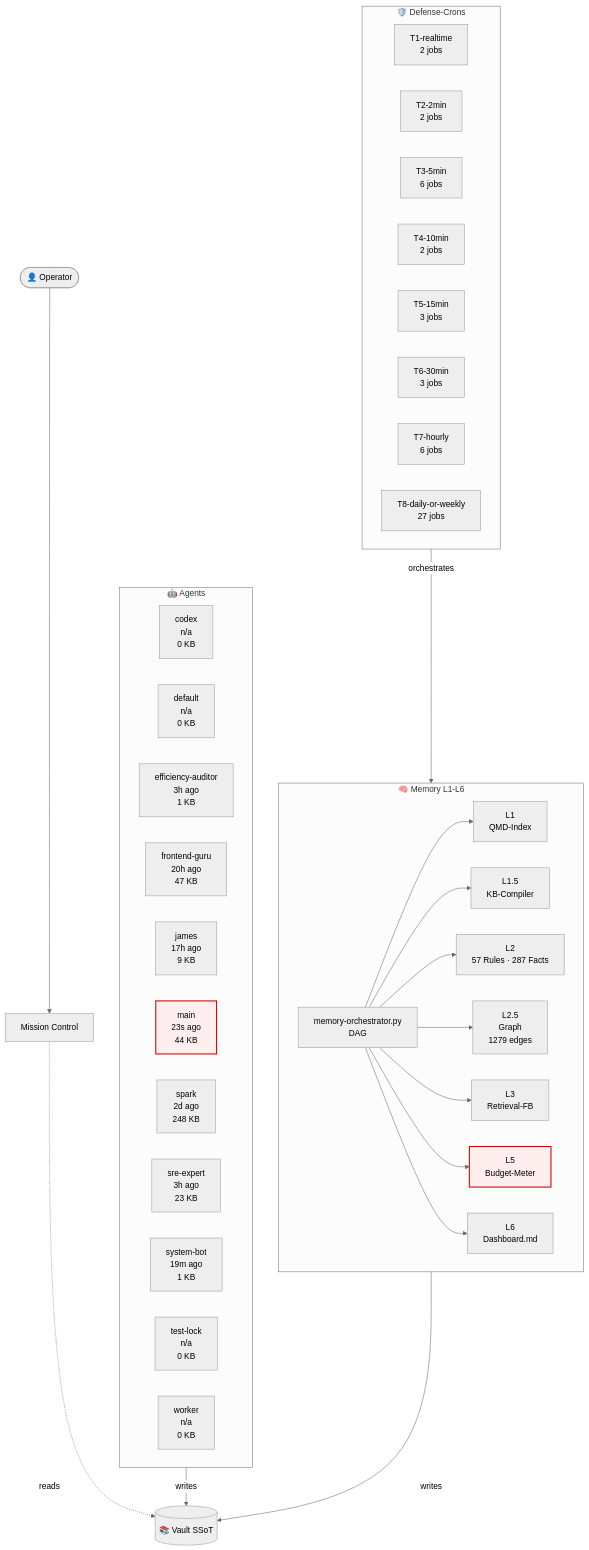
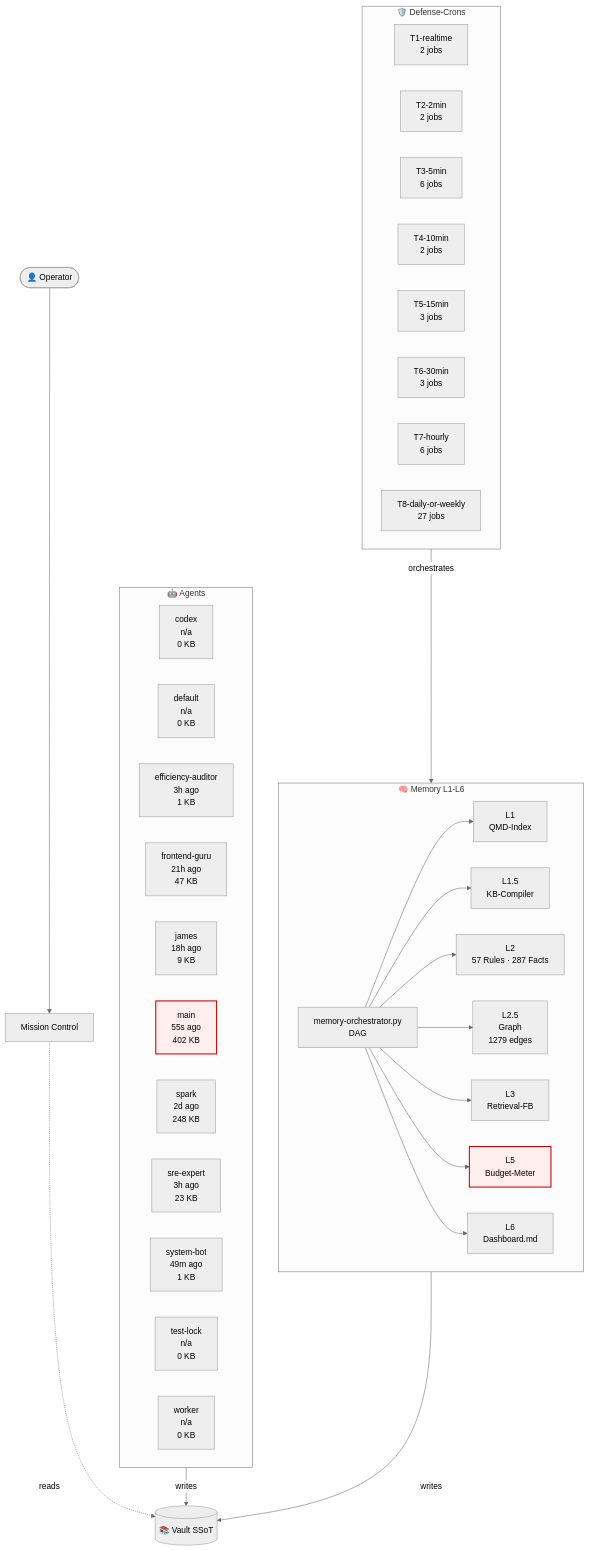
One commit to lenardhuebner88-rgb/openclaw-memory changed the diagram in 03-Agents/architecture-live.md. Above: the diagram before and after it, drawn with Mermaid (neutral theme). The commit also changed other lines of this file and 8 other files, not shown here.

````diff
--- a/03-Agents/architecture-live.md
+++ b/03-Agents/architecture-live.md
@@ -18,54 +18,54 @@
 ```mermaid
 flowchart TB
     classDef critical fill:#fee,stroke:#c00,stroke-width:2px;
     subgraph AGT["🤖 Agents"]
         agent_codex["codex<br/>n/a<br/>0 KB"]
         agent_default["default<br/>n/a<br/>0 KB"]
         agent_efficiency_auditor["efficiency-auditor<br/>3h ago<br/>1 KB"]
-        agent_frontend_guru["frontend-guru<br/>20h ago<br/>47 KB"]
-        agent_james["james<br/>17h ago<br/>9 KB"]
-        agent_main["main<br/>23s ago<br/>44 KB"]
+        agent_frontend_guru["frontend-guru<br/>21h ago<br/>47 KB"]
+        agent_james["james<br/>18h ago<br/>9 KB"]
+        agent_main["main<br/>55s ago<br/>402 KB"]
         agent_spark["spark<br/>2d ago<br/>248 KB"]
         agent_sre_expert["sre-expert<br/>3h ago<br/>23 KB"]
-        agent_system_bot["system-bot<br/>19m ago<br/>1 KB"]
+        agent_system_bot["system-bot<br/>49m ago<br/>1 KB"]
         agent_test_lock["test-lock<br/>n/a<br/>0 KB"]
         agent_worker["worker<br/>n/a<br/>0 KB"]
     end
     subgraph MEM["🧠 Memory L1-L6"]
         L1["L1<br/>QMD-Index"]
         L15["L1.5<br/>KB-Compiler"]
         L2["L2<br/>57 Rules · 287 Facts"]
         L25["L2.5<br/>Graph<br/>1279 edges"]
         L3["L3<br/>Retrieval-FB"]
         L5["L5<br/>Budget-Meter"]
         L6["L6<br/>Dashboard.md"]
         ORCH["memory-orchestrator.py<br/>DAG"]
     end
     subgraph CRN["🛡️ Defense-Crons"]
         tier_T1_realtime["T1-realtime<br/>2 jobs"]
         tier_T2_2min["T2-2min<br/>2 jobs"]
         tier_T3_5min["T3-5min<br/>6 jobs"]
         tier_T4_10min["T4-10min<br/>2 jobs"]
         tier_T5_15min["T5-15min<br/>3 jobs"]
         tier_T6_30min["T6-30min<br/>3 jobs"]
         tier_T7_hourly["T7-hourly<br/>6 jobs"]
         tier_T8_daily_or_weekly["T8-daily-or-weekly<br/>27 jobs"]
     end
     VAULT[("📚 Vault SSoT")]
     OP([👤 Operator])
     MC["Mission Control"]
     OP --> MC
     MC -.reads.-> VAULT
     AGT -->|writes| VAULT
     MEM -->|writes| VAULT
     ORCH --> L1
     ORCH --> L15
     ORCH --> L2
     ORCH --> L25
     ORCH --> L3
     ORCH --> L5
     ORCH --> L6
     CRN -->|orchestrates| MEM
     class L5 critical
     class agent_main critical
 ```
````
